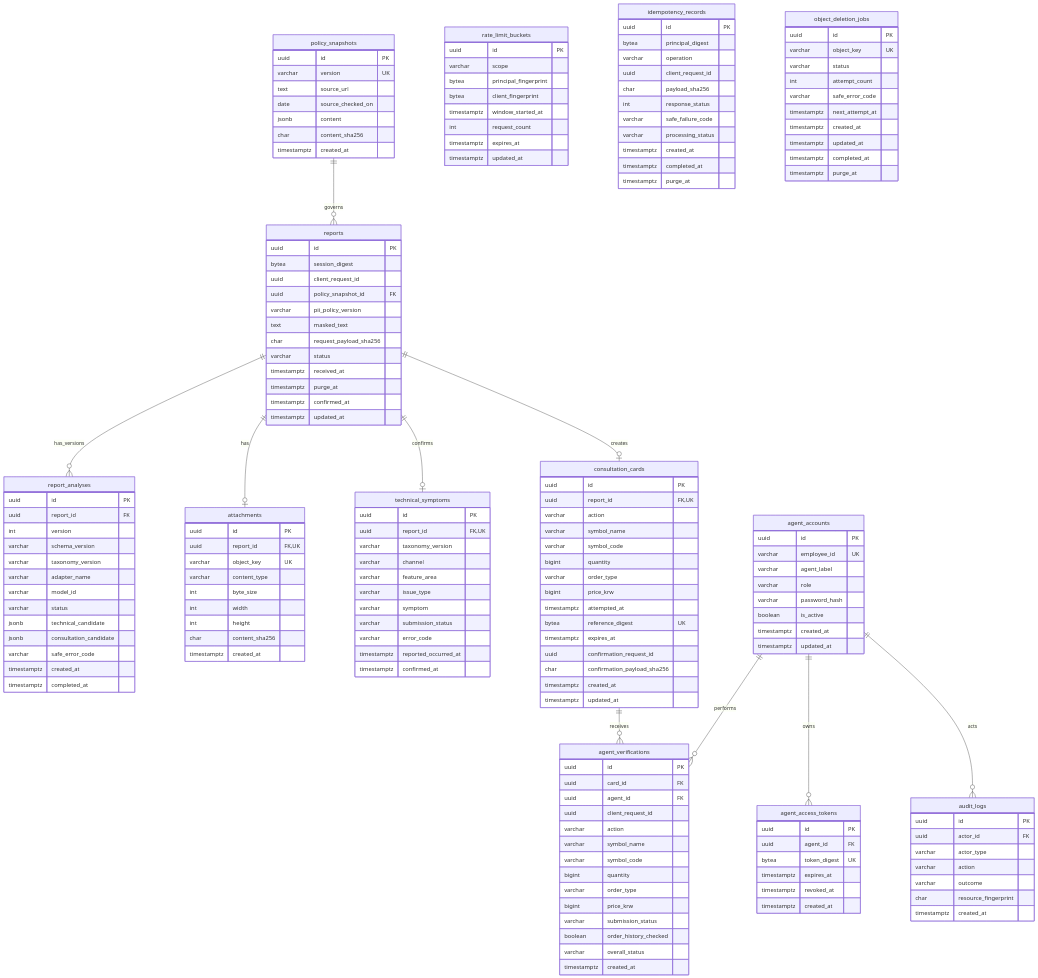
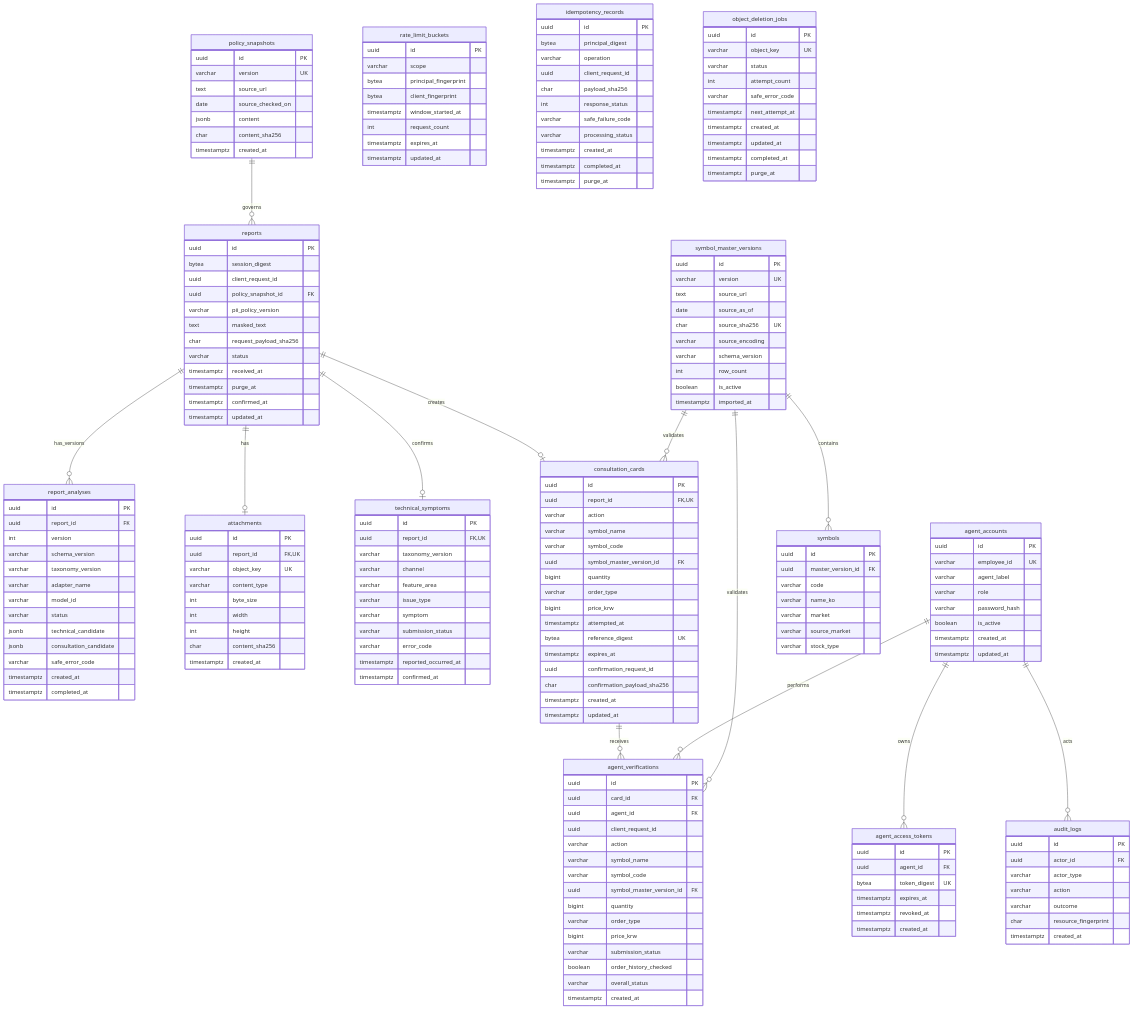
Before and after one commit to AI-Challenge-Git/AI_Challenge: the second of 2 diagrams in backend/docs/erd.md, drawn with Mermaid. The commit also changed other lines of this file and 19 other files, not shown here.

```diff
--- a/backend/docs/erd.md
+++ b/backend/docs/erd.md
@@ -33,6 +33,9 @@
     agent_accounts ||--o{ agent_access_tokens : owns
     agent_accounts ||--o{ agent_verifications : performs
     agent_accounts ||--o{ audit_logs : acts
+    symbol_master_versions ||--o{ symbols : contains
+    symbol_master_versions ||--o{ consultation_cards : validates
+    symbol_master_versions ||--o{ agent_verifications : validates
 
     policy_snapshots {
         uuid id PK
@@ -107,6 +110,7 @@
         varchar action
         varchar symbol_name
         varchar symbol_code
+        uuid symbol_master_version_id FK
         bigint quantity
         varchar order_type
         bigint price_krw
@@ -147,6 +151,7 @@
         varchar action
         varchar symbol_name
         varchar symbol_code
+        uuid symbol_master_version_id FK
         bigint quantity
         varchar order_type
         bigint price_krw
@@ -154,6 +159,29 @@
         boolean order_history_checked
         varchar overall_status
         timestamptz created_at
+    }
+
+    symbol_master_versions {
+        uuid id PK
+        varchar version UK
+        text source_url
+        date source_as_of
+        char source_sha256 UK
+        varchar source_encoding
+        varchar schema_version
+        int row_count
+        boolean is_active
+        timestamptz imported_at
+    }
+
+    symbols {
+        uuid id PK
+        uuid master_version_id FK
+        varchar code
+        varchar name_ko
+        varchar market
+        varchar source_market
+        varchar stock_type
     }
 
     rate_limit_buckets {
```
